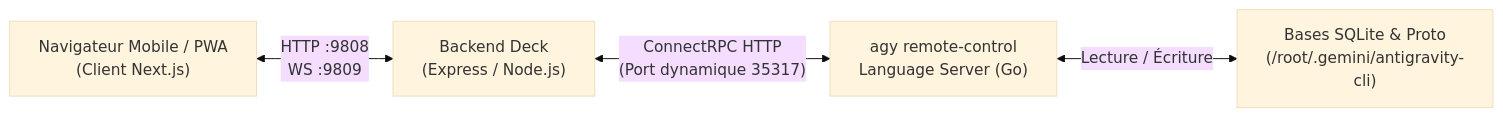
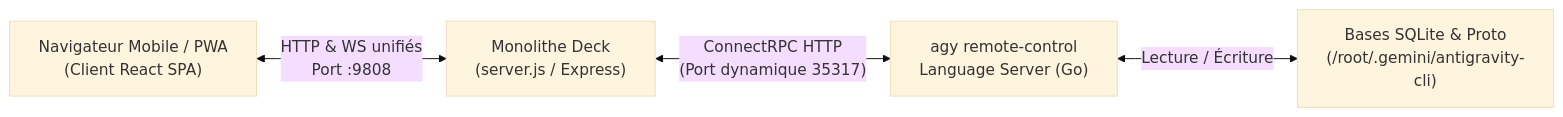
One commit to KaratsuFr/Antigravity-Deck changed the diagram in ARCHITECTURE.md. Above: the diagram before and after it, drawn with Mermaid (base theme). The commit also changed other lines of this file and 2 other files, not shown here.

First line of the commit message:
deck: ajouter le cache multi-chat resident et les icones d activite

````diff
--- a/ARCHITECTURE.md
+++ b/ARCHITECTURE.md
@@ -11,6 +11,6 @@
 ```mermaid
 flowchart LR
-    A["Navigateur Mobile / PWA<br/>(Client Next.js)"] <-->|"HTTP :9808<br/>WS :9809"| B["Backend Deck<br/>(Express / Node.js)"]
+    A["Navigateur Mobile / PWA<br/>(Client React SPA)"] <-->|"HTTP & WS unifiés<br/>Port :9808"| B["Monolithe Deck<br/>(server.js / Express)"]
     B <-->|"ConnectRPC HTTP<br/>(Port dynamique 35317)"| C["agy remote-control<br/>Language Server (Go)"]
     C <-->|"Lecture / Écriture"| D["Bases SQLite & Proto<br/>(/root/.gemini/antigravity-cli)"]
 ```
````
